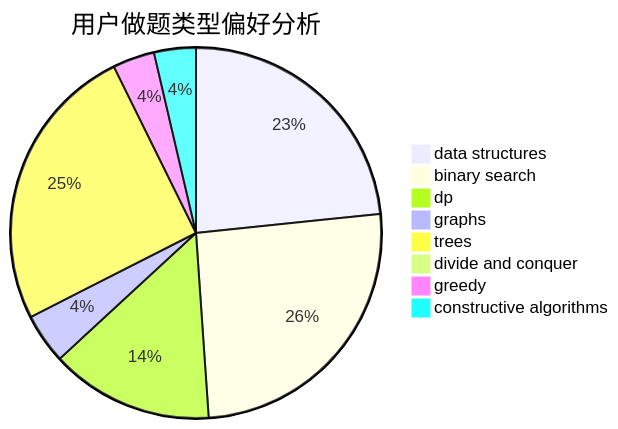
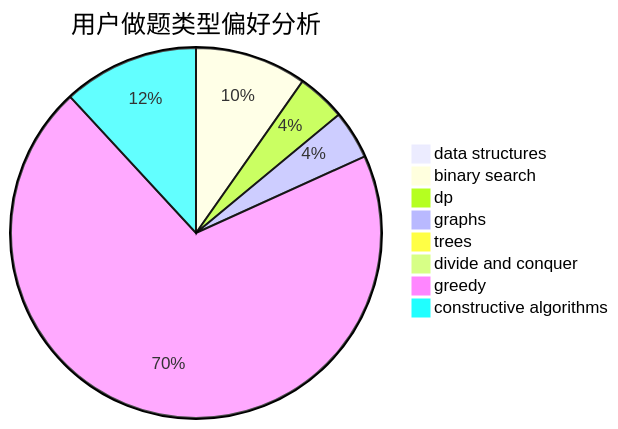
The second of 3 diagrams in docs/user/u2516.md (sherpahu/cfrs.github.io), drawn with Mermaid before and after one commit. The commit also changed other lines of this file and 2770 other files, not shown here.

````diff
--- a/docs/user/u2516.md
+++ b/docs/user/u2516.md
@@ -23,11 +23,11 @@
 ```mermaid
 pie title 用户做题类型偏好分析
-    "data structures" :  64
-    "binary search" :  70
-    "dp" :  39
-    "graphs" :  12
-    "trees" :  69
+    "data structures" :  0
+    "binary search" :  23
+    "dp" :  10
+    "graphs" :  10
+    "trees" :  0
     "divide and conquer" :  0
-    "greedy" :  10
-    "constructive algorithms" :  10
+    "greedy" :  165
+    "constructive algorithms" :  28
 ```
````
